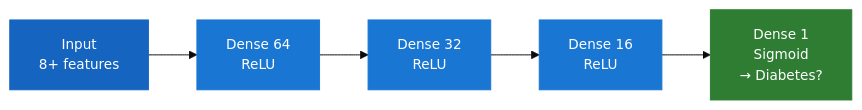
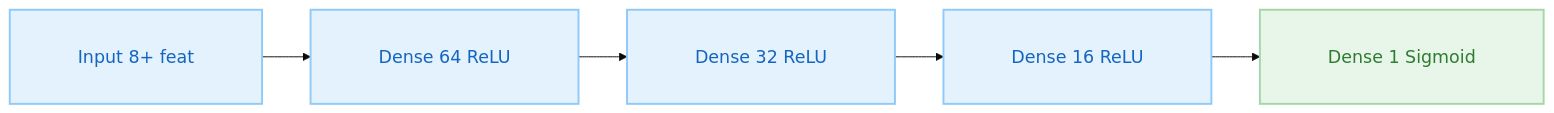
The third of 5 diagrams in ML.qmd (buttegggggggg/buttegggggggg.github.io), drawn with Mermaid before and after one commit. The commit also changed other lines of this file and 79 other files, not shown here.

````diff
--- a/ML.qmd
+++ b/ML.qmd
@@ -151,17 +146,11 @@
 ```{mermaid}
-%%{init: {"theme": "base", "themeVariables": {"fontSize": "14px"}}}%%
+%%{init: {"theme": "base", "themeVariables": {"fontSize": "18px"}, "flowchart": {"padding": 35}}}%%
 flowchart LR
-    I["Input<br/>8+ features"]
-    L1["Dense 64<br/>ReLU"]
-    L2["Dense 32<br/>ReLU"]
-    L3["Dense 16<br/>ReLU"]
-    O["Dense 1<br/>Sigmoid<br/>→ Diabetes?"]
+    I["Input 8+ feat     "] --> L1["Dense 64 ReLU     "] --> L2["Dense 32 ReLU     "] --> L3["Dense 16 ReLU     "] --> O["Dense 1 Sigmoid     "]
 
-    I --> L1 --> L2 --> L3 --> O
-
-    style I  fill:#1565C0,color:#fff,stroke:#1565C0
-    style L1 fill:#1976D2,color:#fff,stroke:#1976D2
-    style L2 fill:#1976D2,color:#fff,stroke:#1976D2
-    style L3 fill:#1976D2,color:#fff,stroke:#1976D2
-    style O  fill:#2E7D32,color:#fff,stroke:#2E7D32
+    style I  fill:#E3F2FD,color:#1565C0,stroke:#90CAF9,stroke-width:2px
+    style L1 fill:#E3F2FD,color:#1565C0,stroke:#90CAF9,stroke-width:2px
+    style L2 fill:#E3F2FD,color:#1565C0,stroke:#90CAF9,stroke-width:2px
+    style L3 fill:#E3F2FD,color:#1565C0,stroke:#90CAF9,stroke-width:2px
+    style O  fill:#E8F5E9,color:#2E7D32,stroke:#A5D6A7,stroke-width:2px
 ```
````
